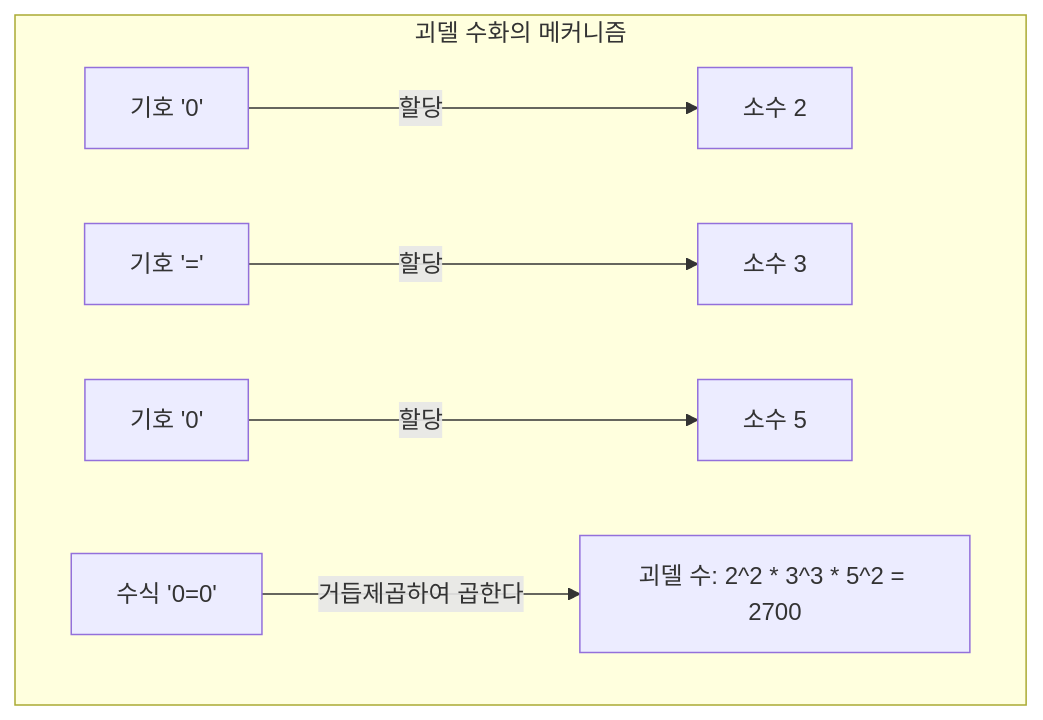
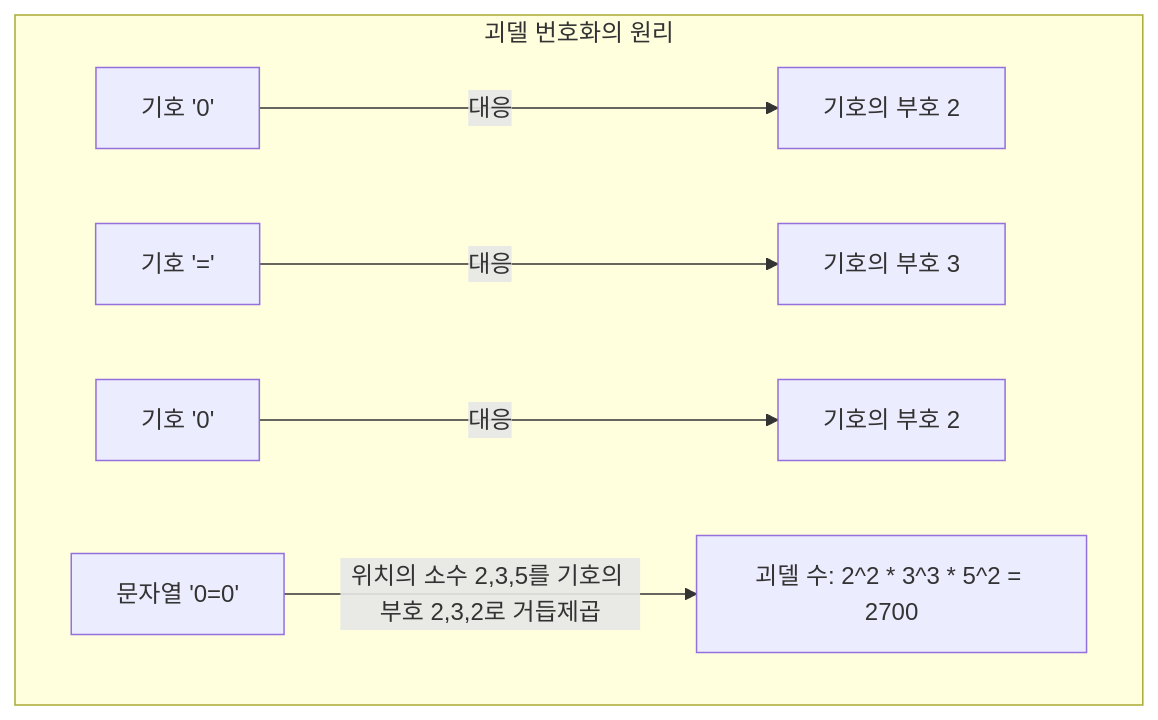
Before and after one commit to kenjinote/blog: the third of 4 diagrams in content/post/godels-incompleteness-theorems/index.ko.md, drawn with Mermaid. The commit also changed other lines of this file and 11 other files, not shown here.

````diff
--- a/content/post/godels-incompleteness-theorems/index.ko.md
+++ b/content/post/godels-incompleteness-theorems/index.ko.md
@@ -97,9 +93,9 @@
 ```mermaid
 graph TD
-    subgraph "괴델 수화의 메커니즘"
-        S1["기호 '0'"] -->|"할당"| N1["소수 2"]
-        S2["기호 '='"] -->|"할당"| N2["소수 3"]
-        S3["기호 '0'"] -->|"할당"| N3["소수 5"]
-        F["수식 '0=0'"] -->|"거듭제곱하여 곱한다"| GN["괴델 수: 2^2 * 3^3 * 5^2 = 2700"]
+    subgraph "괴델 번호화의 원리"
+        S1["기호 '0'"] -->|"대응"| N1["기호의 부호 2"]
+        S2["기호 '='"] -->|"대응"| N2["기호의 부호 3"]
+        S3["기호 '0'"] -->|"대응"| N3["기호의 부호 2"]
+        F["문자열 '0=0'"] -->|"위치의 소수 2,3,5를 기호의 부호 2,3,2로 거듭제곱"| GN["괴델 수: 2^2 * 3^3 * 5^2 = 2700"]
     end
 ```
````
